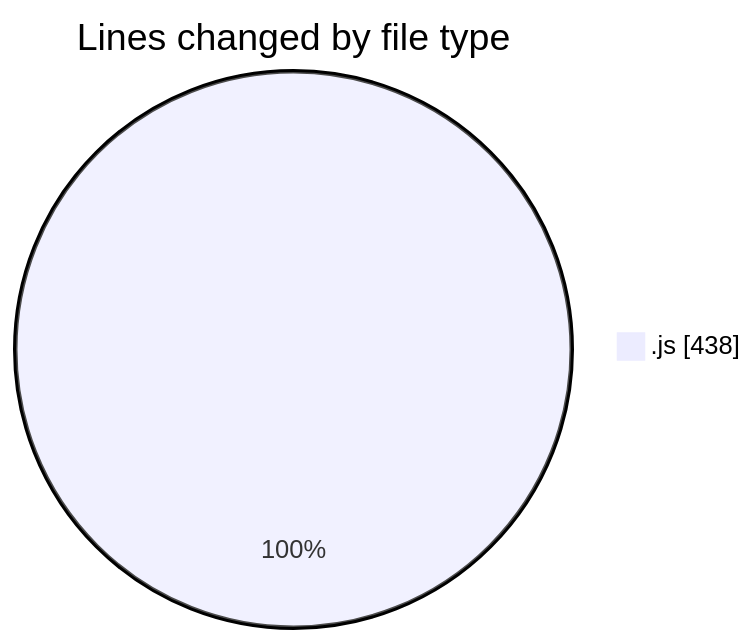
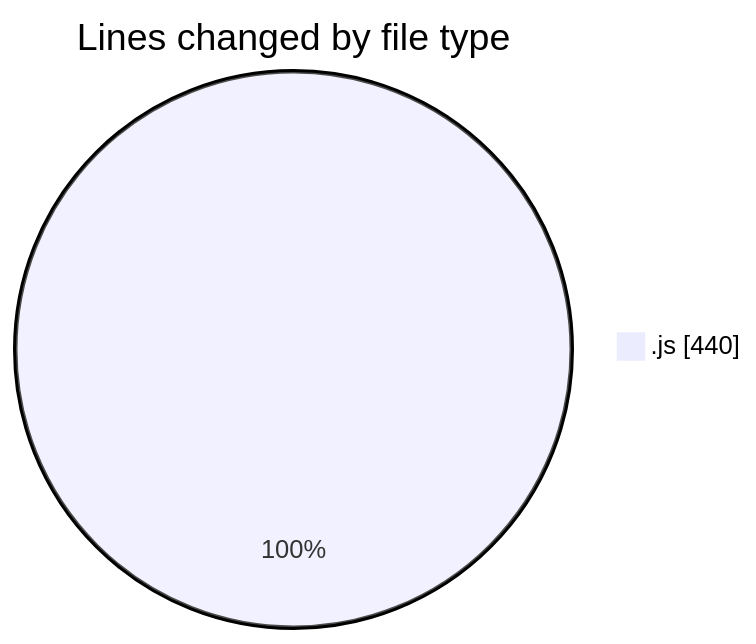
One commit to momahboobian/code-tracking changed the first of 2 diagrams in 2025-02-04/cda/README.md. Above: the diagram before and after it, drawn with Mermaid. The commit also changed other lines of this file and 1 other file, not shown here.

````diff
--- a/2025-02-04/cda/README.md
+++ b/2025-02-04/cda/README.md
@@ -20,5 +20,5 @@
 ```mermaid
 pie showData
 title Lines changed by file type
-".js" : 438
+".js" : 440
 ```
````
